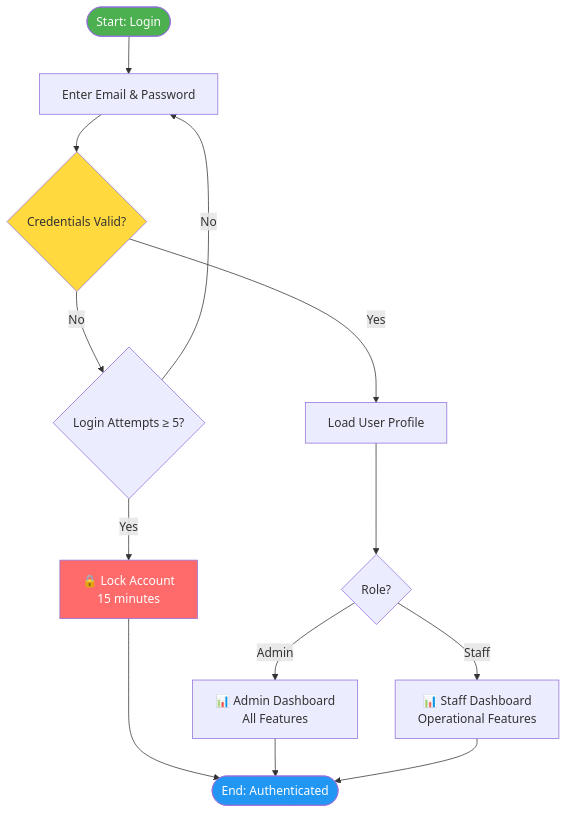
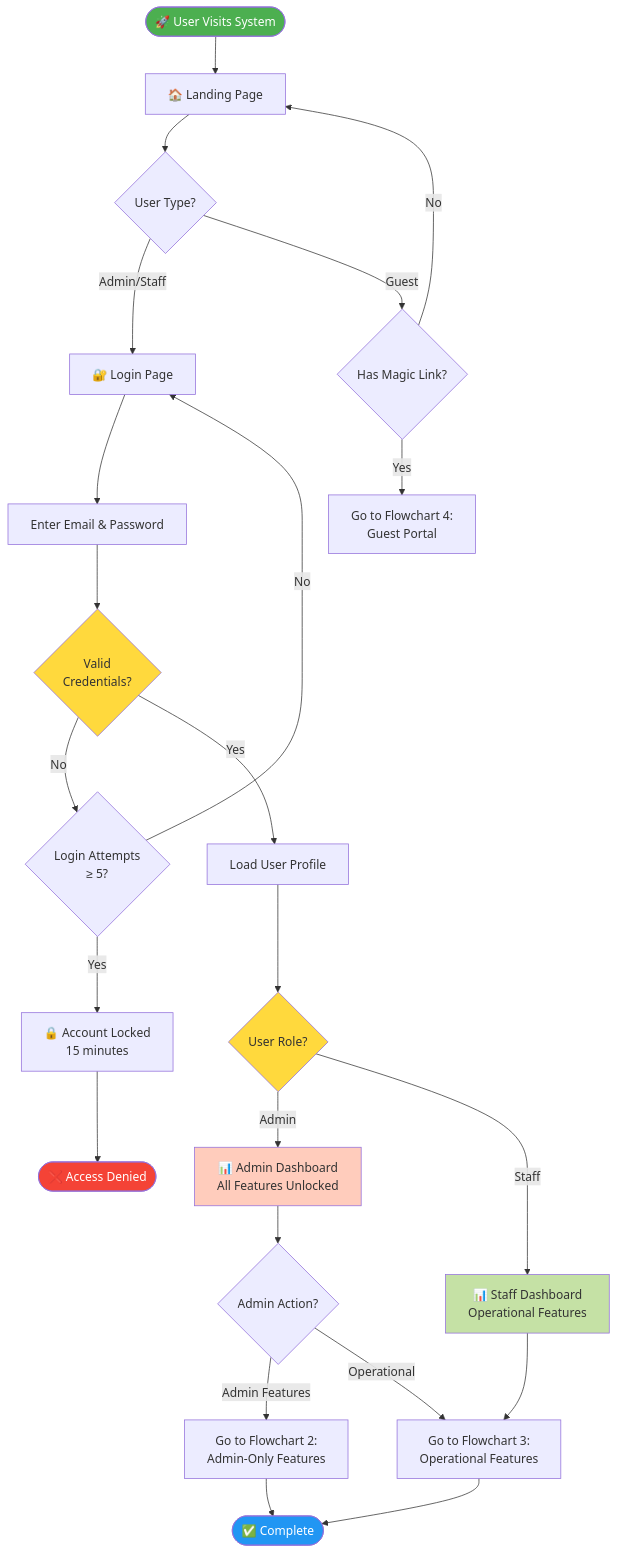
The third of 6 diagrams in public/README.md (Godwynski/Final), drawn with Mermaid before and after one commit. The commit also changed other lines of this file and 1 other file, not shown here.

Commit message:
refactor(docs): Reorganize system flowcharts in root README into modular diagrams and introduce public README.

````diff
--- a/public/README.md
+++ b/public/README.md
@@ -464,24 +424,42 @@
 ```mermaid
 flowchart TD
-    AuthStart([Start: Login]) --> EnterCreds[Enter Email & Password]
-    EnterCreds --> Validate{Credentials Valid?}
+    Start([🚀 User Visits System]) --> Landing[🏠 Landing Page]
+    Landing --> UserType{User Type?}
 
-    Validate -->|No| CheckAttempts{Login Attempts ≥ 5?}
-    CheckAttempts -->|Yes| LockAccount[🔒 Lock Account<br/>15 minutes]
-    CheckAttempts -->|No| EnterCreds
-    LockAccount --> AuthEnd([End: Locked])
+    UserType -->|Admin/Staff| LoginPage[🔐 Login Page]
+    UserType -->|Guest| HasLink{Has Magic Link?}
 
-    Validate -->|Yes| LoadProfile[Load User Profile]
-    LoadProfile --> CheckRole{Role?}
+    HasLink -->|Yes| GuestFlow[Go to Flowchart 4:<br/>Guest Portal]
+    HasLink -->|No| Landing
 
-    CheckRole -->|Admin| AdminDash[📊 Admin Dashboard<br/>All Features]
+    LoginPage --> EnterCreds[Enter Email & Password]
+    EnterCreds --> ValidateCreds{Valid<br/>Credentials?}
+
+    ValidateCreds -->|No| AttemptsCheck{Login Attempts<br/>≥ 5?}
+    AttemptsCheck -->|Yes| AccountLocked[🔒 Account Locked<br/>15 minutes]
+    AttemptsCheck -->|No| LoginPage
+    AccountLocked --> End1([❌ Access Denied])
+
+    ValidateCreds -->|Yes| LoadProfile[Load User Profile]
+    LoadProfile --> CheckRole{User Role?}
+
+    CheckRole -->|Admin| AdminDash[📊 Admin Dashboard<br/>All Features Unlocked]
     CheckRole -->|Staff| StaffDash[📊 Staff Dashboard<br/>Operational Features]
 
-    AdminDash --> AuthEnd([End: Authenticated])
-    StaffDash --> AuthEnd
+    AdminDash --> AdminChoice{Admin Action?}
+    StaffDash --> OpsFlow[Go to Flowchart 3:<br/>Operational Features]
 
-    style AuthStart fill:#4CAF50,color:#fff
-    style AuthEnd fill:#2196F3,color:#fff
-    style LockAccount fill:#ff6b6b,color:#fff
-    style Validate fill:#ffd93d
+    AdminChoice -->|Admin Features| AdminFlow[Go to Flowchart 2:<br/>Admin-Only Features]
+    AdminChoice -->|Operational| OpsFlow
+
+    AdminFlow --> End2([✅ Complete])
+    OpsFlow --> End2
+
+    style Start fill:#4CAF50,color:#fff
+    style End1 fill:#f44336,color:#fff
+    style End2 fill:#2196F3,color:#fff
+    style AdminDash fill:#ffccbc
+    style StaffDash fill:#c5e1a5
+    style ValidateCreds fill:#ffd93d
+    style CheckRole fill:#ffd93d
 ```
````
